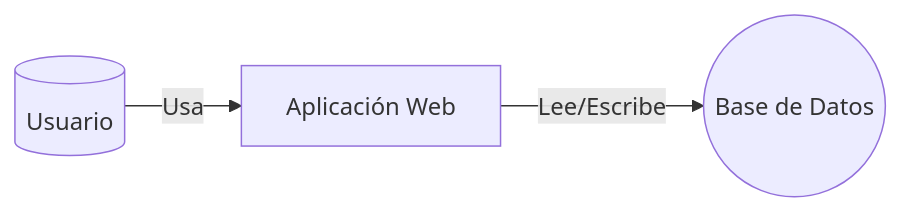
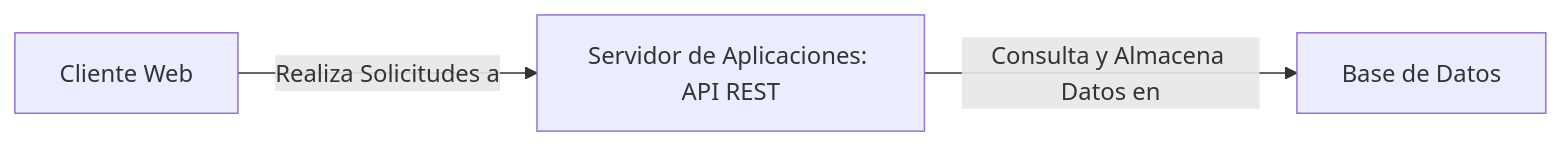
One commit to sanurb/task-manager changed the second of 3 diagrams in README.md. Above: the diagram before and after it, drawn with Mermaid. The commit also changed other lines of this file, not shown here.

Commit message:
chore(README.md): update diagrams in README.md

````diff
--- a/README.md
+++ b/README.md
@@ -12,8 +9,5 @@
 ```mermaid
 graph LR
-  User1[(Usuario)]
-  WebApp[Aplicación Web]
-  DB((Base de Datos))
-  User1 -->|Usa| WebApp
-  WebApp -->|Lee/Escribe| DB
+    A[Cliente Web] -->|Realiza Solicitudes a| B[Servidor de Aplicaciones: API REST]
+    B -->|Consulta y Almacena Datos en| C[Base de Datos]
 ```
````
